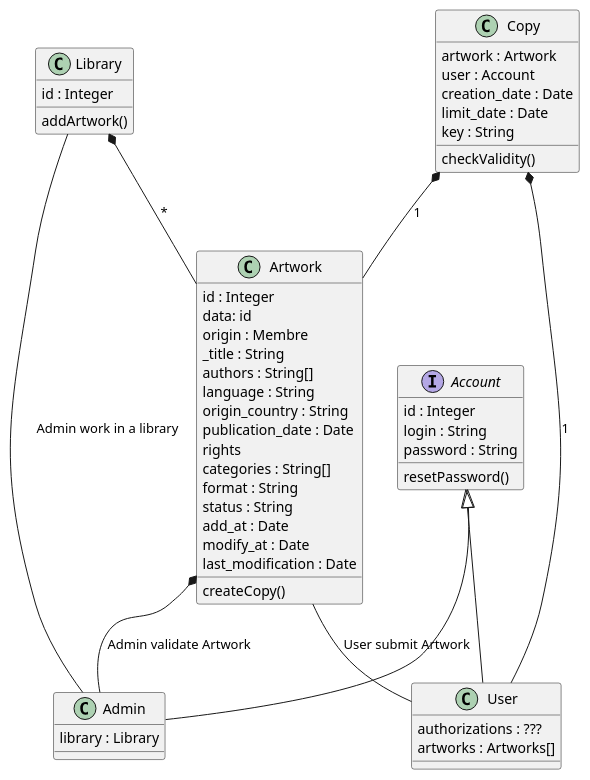
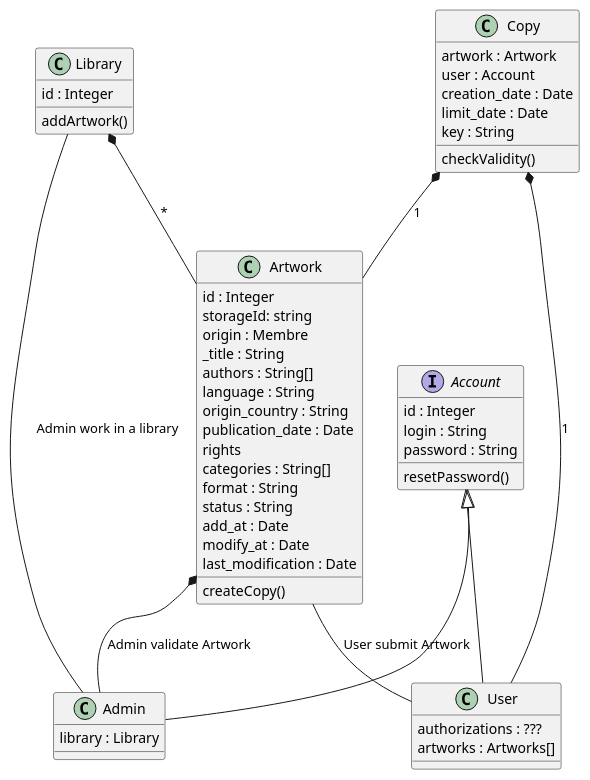
One commit to Anthony-Jhoiro/BibloDoc changed the diagram in diagramme_instance.puml. Above: the diagram before and after it, drawn with PlantUML.

Commit message:
Rename data filed to storageId in the Artwork class

```diff
--- a/diagramme_instance.puml
+++ b/diagramme_instance.puml
@@ -1,63 +1,63 @@
 @startuml Diagramme de Classe
 class User {
     authorizations : ???
     artworks : Artworks[]
 }
 
 interface Account {
     id : Integer
     login : String
     password : String
 
     resetPassword()
 }
 
 class Admin {
     library : Library
 }
 
 class Library {
     id : Integer
 
     addArtwork()
 }
 
 class Artwork {
     id : Integer
-    data: id
+    storageId: string
     origin : Membre
     _title : String
     authors : String[]
     language : String
     origin_country : String
     publication_date : Date
     rights
     categories : String[]
     format : String
     status : String
     add_at : Date
     modify_at : Date
     last_modification : Date
     createCopy()
 }
 
 class Copy {
     artwork : Artwork
     user : Account
     creation_date : Date
     limit_date : Date
     key : String
     checkValidity()
 }
 
 
 Artwork -- User : User submit Artwork
 Artwork *-- Admin : Admin validate Artwork
 Library -- Admin : Admin work in a library
 Account <|-- Admin
 Account <|-- User
 Copy *-- User : 1
 Copy *-- Artwork : 1
 Library *-- Artwork : *
 
 @enduml
```
